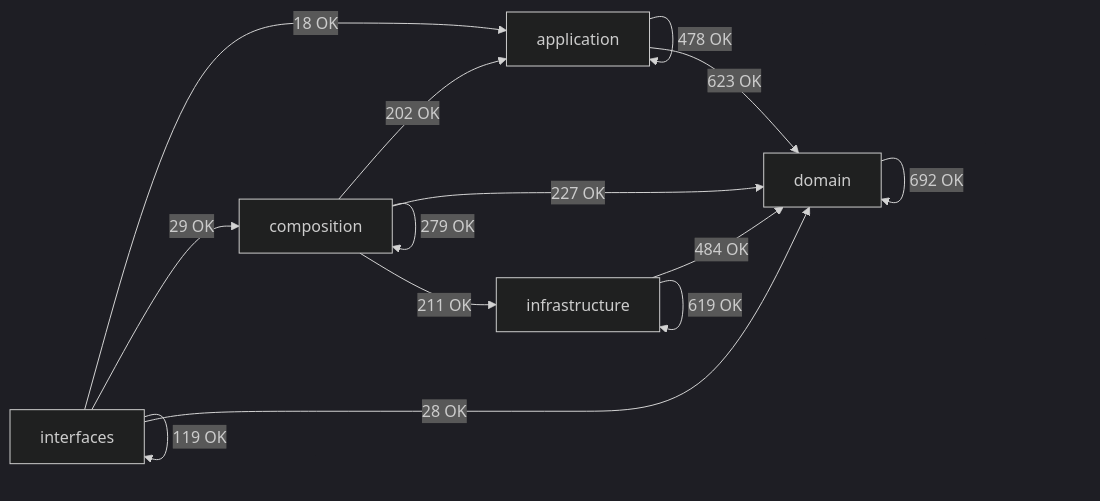
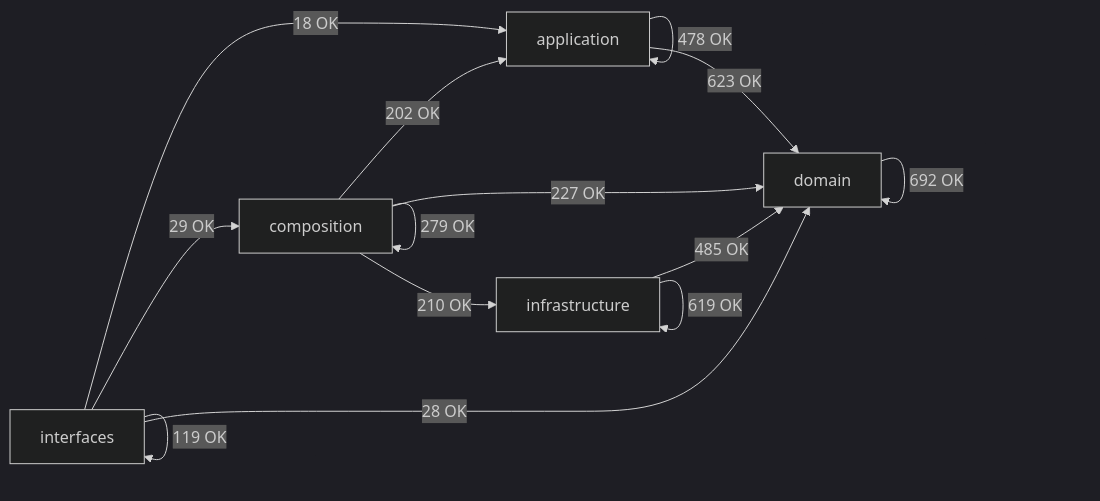
The diagram in docs/02-architecture/generated/module-dependency-map.md (SatoryKono/BioactivityDataAcquisition), drawn with Mermaid (dark theme) before and after one commit. The commit also changed other lines of this file and 20 other files, not shown here.

````diff
--- a/docs/02-architecture/generated/module-dependency-map.md
+++ b/docs/02-architecture/generated/module-dependency-map.md
@@ -16,21 +16,21 @@
 ```mermaid
 flowchart LR
     domain[domain]
     application[application]
     infrastructure[infrastructure]
     composition[composition]
     interfaces[interfaces]
     application -->|478 OK| application
     application -->|623 OK| domain
     composition -->|202 OK| application
     composition -->|279 OK| composition
     composition -->|227 OK| domain
-    composition -->|211 OK| infrastructure
+    composition -->|210 OK| infrastructure
     domain -->|692 OK| domain
-    infrastructure -->|484 OK| domain
+    infrastructure -->|485 OK| domain
     infrastructure -->|619 OK| infrastructure
     interfaces -->|18 OK| application
     interfaces -->|29 OK| composition
     interfaces -->|28 OK| domain
     interfaces -->|119 OK| interfaces
 ```
````
